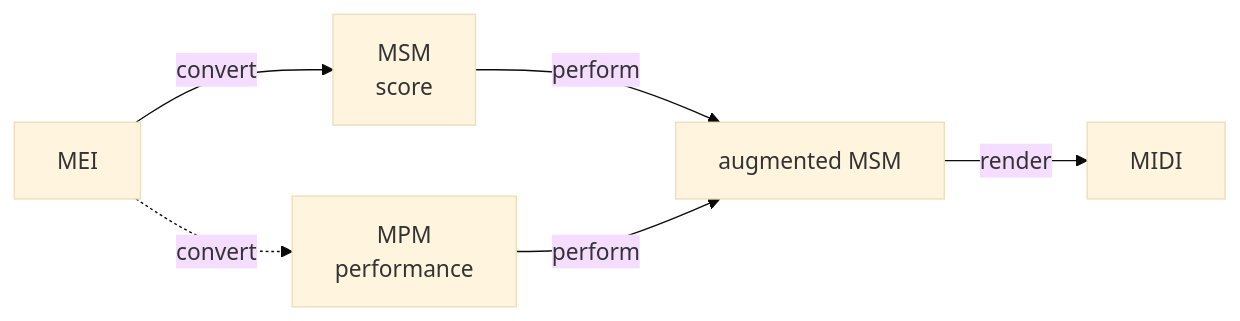
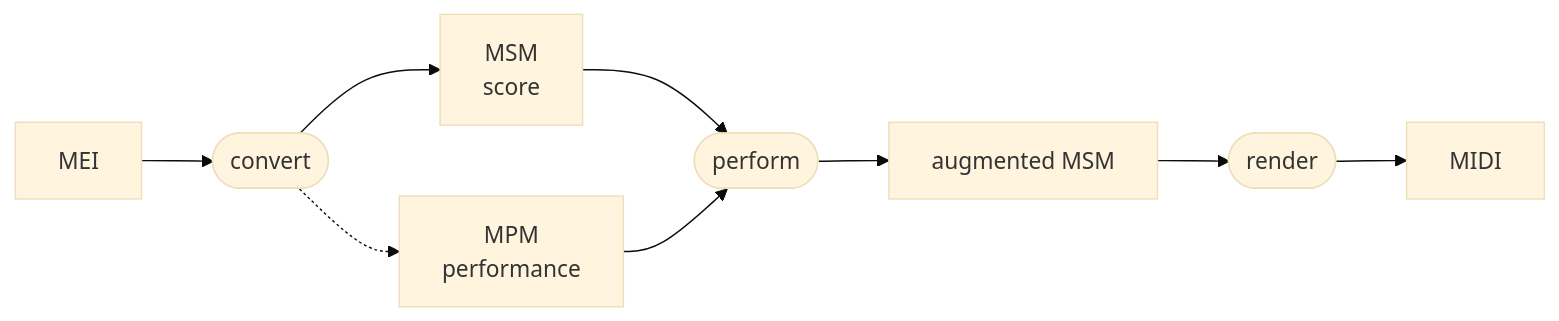
The diagram in README.md (pfefferniels/espressivo), drawn with Mermaid (base theme) before and after one commit.

Commit message:
docs(readme): make the pipeline operations nodes, not edge labels
perform takes msm and mpm and runs once; two arrows both labelled
"perform" read as two operations. convert/perform/render are nodes now,
so the fan-in is visible.

````diff
--- a/README.md
+++ b/README.md
@@ -12,8 +12,11 @@
 ```mermaid
 flowchart LR
-  MEI["MEI"] -->|convert| MSM["MSM<br/>score"]
-  MEI -.->|convert| MPM["MPM<br/>performance"]
-  MSM -->|perform| AUG["augmented MSM"]
-  MPM -->|perform| AUG
-  AUG -->|render| MIDI["MIDI"]
+  MEI["MEI"] --> CONVERT(["convert"])
+  CONVERT --> MSM["MSM<br/>score"]
+  CONVERT -.-> MPM["MPM<br/>performance"]
+  MSM --> PERFORM(["perform"])
+  MPM --> PERFORM
+  PERFORM --> AUG["augmented MSM"]
+  AUG --> RENDER(["render"])
+  RENDER --> MIDI["MIDI"]
 ```
````
